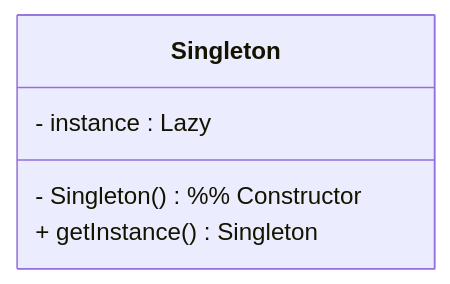
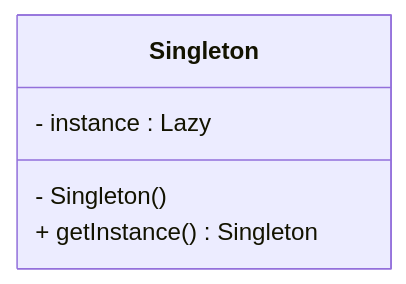
The diagram in low-level-design/design-patterns/creational/singleton.md (SuyashBhiste/dump-thoughts), drawn with Mermaid before and after one commit.

````diff
--- a/low-level-design/design-patterns/creational/singleton.md
+++ b/low-level-design/design-patterns/creational/singleton.md
@@ -21,8 +21,8 @@
 ```mermaid
 classDiagram
       class Singleton{
           - instance : Lazy<Singleton>
-          - Singleton() %% Constructor
+          - Singleton()
           + getInstance() Singleton
       }
 ```
````
